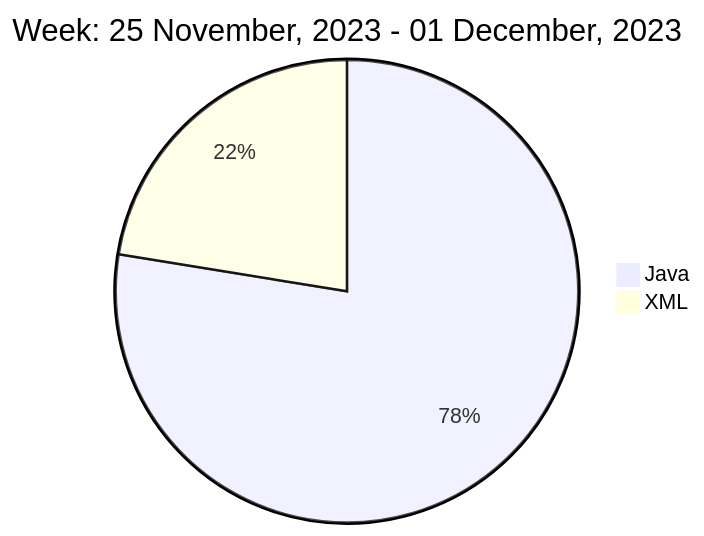
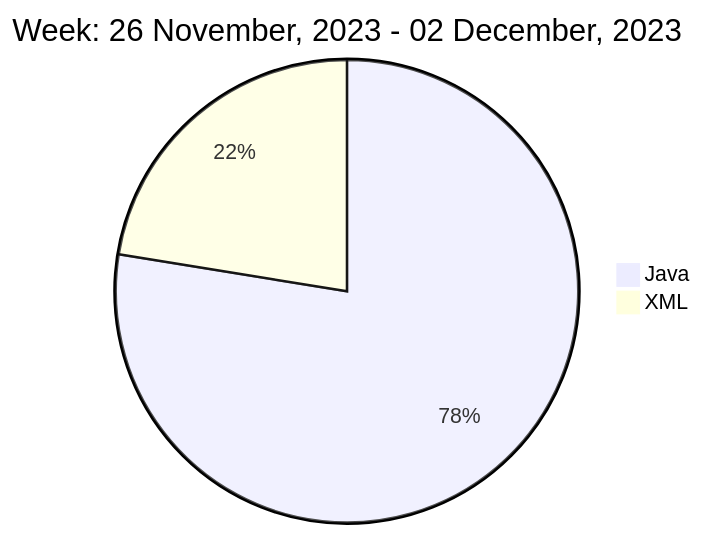
One commit to liubin95/liubin95 changed the diagram in README.md. Above: the diagram before and after it, drawn with Mermaid.

Commit message:
Updated the Graph with new Metrics

````diff
--- a/README.md
+++ b/README.md
@@ -37,6 +37,6 @@
 ```mermaid
  pie
-title Week: 25 November, 2023 - 01 December, 2023
+title Week: 26 November, 2023 - 02 December, 2023
  "Java" : 6.67
  "XML" : 1.93
 ```
````
